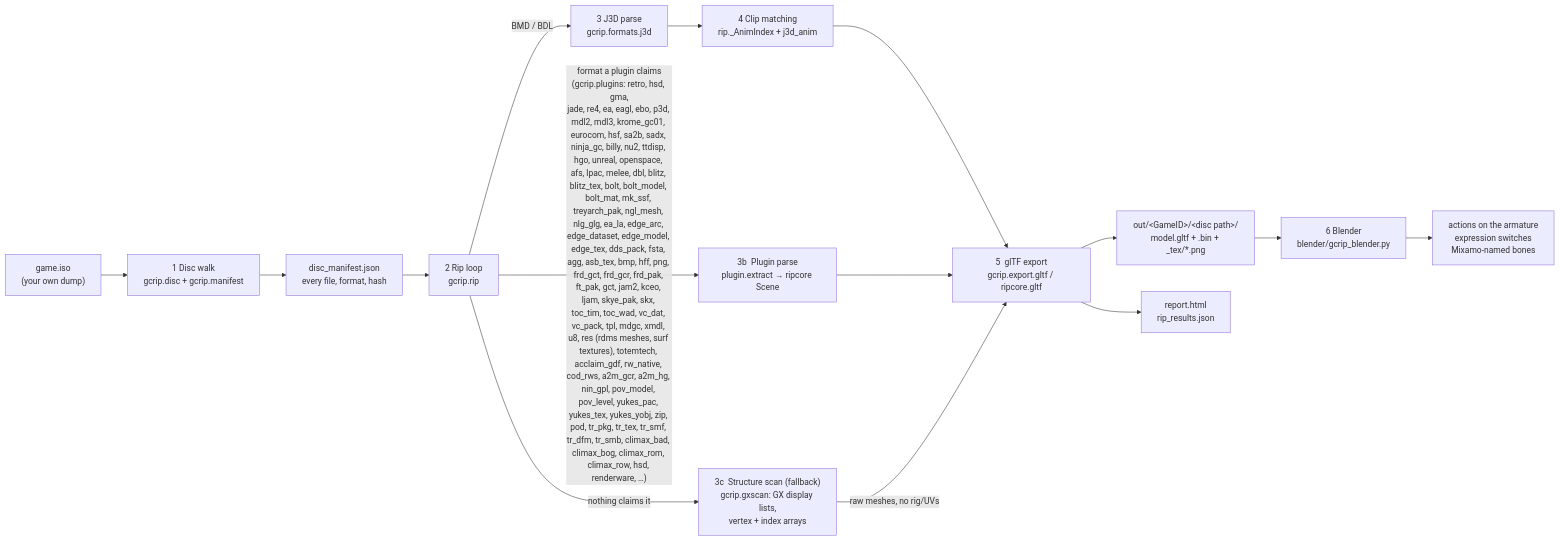
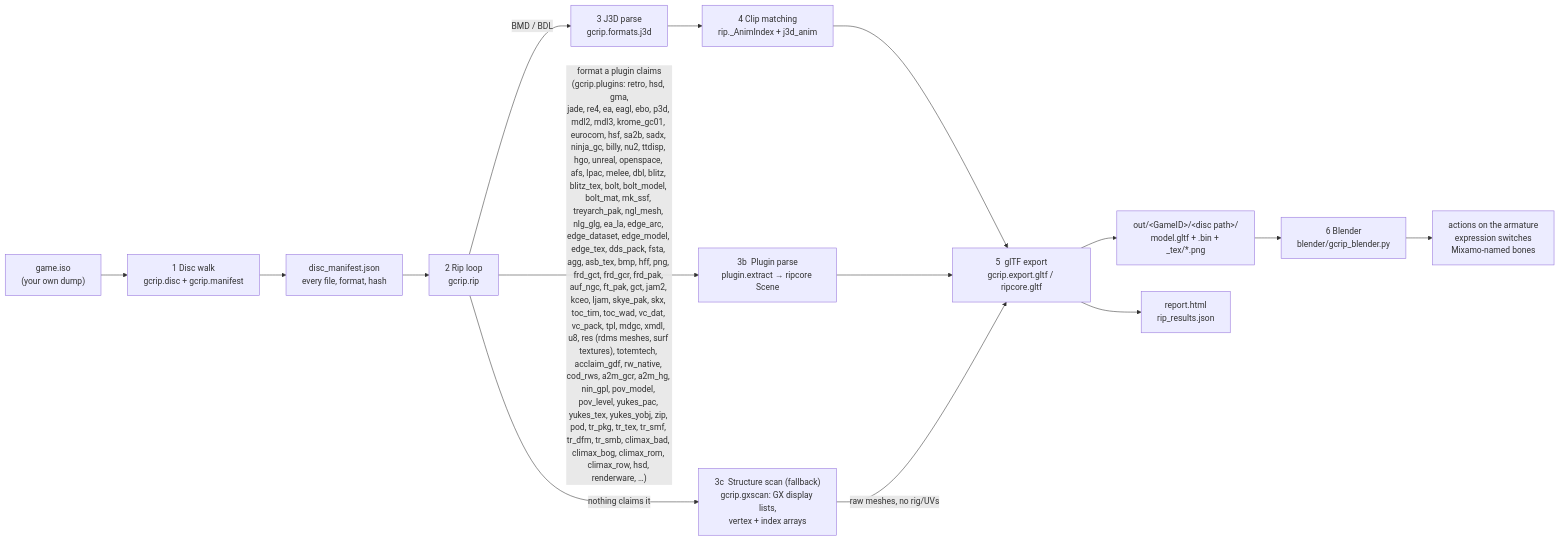
One commit to Felbs/3d-ripper-9000 changed the first of 10 diagrams in docs/PIPELINE.md. Above: the diagram before and after it, drawn with Mermaid. The commit also changed 7 other files, not shown here.

First line of the commit message:
gcrip auf_ngc: 007 Agent Under Fire maps - BOA chunk stream, the ngcsurfs world through its matrix, shaders to restxtrs textures; three maps read textured (read from Bond.elf's symtab)

````diff
--- a/docs/PIPELINE.md
+++ b/docs/PIPELINE.md
@@ -11,17 +11,17 @@
 ```mermaid
 flowchart LR
     ISO["game.iso<br/>(your own dump)"] --> WALK["1  Disc walk<br/>gcrip.disc + gcrip.manifest"]
     WALK --> MAN["disc_manifest.json<br/>every file, format, hash"]
     MAN --> RIP["2  Rip loop<br/>gcrip.rip"]
     RIP -->|"BMD / BDL"| J3D["3  J3D parse<br/>gcrip.formats.j3d"]
-    RIP -->|"format a plugin claims<br/>(gcrip.plugins: retro, hsd, gma,<br/>jade, re4, ea, eagl, ebo, p3d, mdl2, mdl3, krome_gc01, eurocom, hsf, sa2b, sadx, ninja_gc, billy, nu2, ttdisp, hgo, unreal, openspace, afs, lpac, melee, dbl, blitz, blitz_tex, bolt, bolt_model, bolt_mat, mk_ssf, treyarch_pak, ngl_mesh, nlg_glg, ea_la, edge_arc, edge_dataset, edge_model, edge_tex, dds_pack, fsta, agg, asb_tex, bmp, hff, png, frd_gct, frd_gcr, frd_pak, ft_pak, gct, jam2, kceo, ljam, skye_pak, skx, toc_tim, toc_wad, vc_dat, vc_pack, tpl, mdgc, xmdl, u8, res (rdms meshes, surf textures), totemtech, acclaim_gdf, rw_native, cod_rws, a2m_gcr, a2m_hg, nin_gpl, pov_model, pov_level, yukes_pac, yukes_tex, yukes_yobj, zip, pod, tr_pkg, tr_tex, tr_smf, tr_dfm, tr_smb, climax_bad, climax_bog, climax_rom, climax_row, hsd, renderware, …)"| PLUG["3b  Plugin parse<br/>plugin.extract → ripcore Scene"]
+    RIP -->|"format a plugin claims<br/>(gcrip.plugins: retro, hsd, gma,<br/>jade, re4, ea, eagl, ebo, p3d, mdl2, mdl3, krome_gc01, eurocom, hsf, sa2b, sadx, ninja_gc, billy, nu2, ttdisp, hgo, unreal, openspace, afs, lpac, melee, dbl, blitz, blitz_tex, bolt, bolt_model, bolt_mat, mk_ssf, treyarch_pak, ngl_mesh, nlg_glg, ea_la, edge_arc, edge_dataset, edge_model, edge_tex, dds_pack, fsta, agg, asb_tex, bmp, hff, png, frd_gct, frd_gcr, frd_pak, auf_ngc, ft_pak, gct, jam2, kceo, ljam, skye_pak, skx, toc_tim, toc_wad, vc_dat, vc_pack, tpl, mdgc, xmdl, u8, res (rdms meshes, surf textures), totemtech, acclaim_gdf, rw_native, cod_rws, a2m_gcr, a2m_hg, nin_gpl, pov_model, pov_level, yukes_pac, yukes_tex, yukes_yobj, zip, pod, tr_pkg, tr_tex, tr_smf, tr_dfm, tr_smb, climax_bad, climax_bog, climax_rom, climax_row, hsd, renderware, …)"| PLUG["3b  Plugin parse<br/>plugin.extract → ripcore Scene"]
     RIP -->|"nothing claims it"| GX["3c  Structure scan (fallback)<br/>gcrip.gxscan: GX display lists,<br/>vertex + index arrays"]
     J3D --> ANIM["4  Clip matching<br/>rip._AnimIndex + j3d_anim"]
     ANIM --> GLTF["5  glTF export<br/>gcrip.export.gltf / ripcore.gltf"]
     PLUG --> GLTF
     GX -->|"raw meshes, no rig/UVs"| GLTF
     GLTF --> OUT["out/&lt;GameID&gt;/&lt;disc path&gt;/<br/>model.gltf + .bin + _tex/*.png"]
     GLTF --> REP["report.html<br/>rip_results.json"]
     OUT --> BL["6  Blender<br/>blender/gcrip_blender.py"]
     BL --> PLAY["actions on the armature<br/>expression switches<br/>Mixamo-named bones"]
 ```
````
